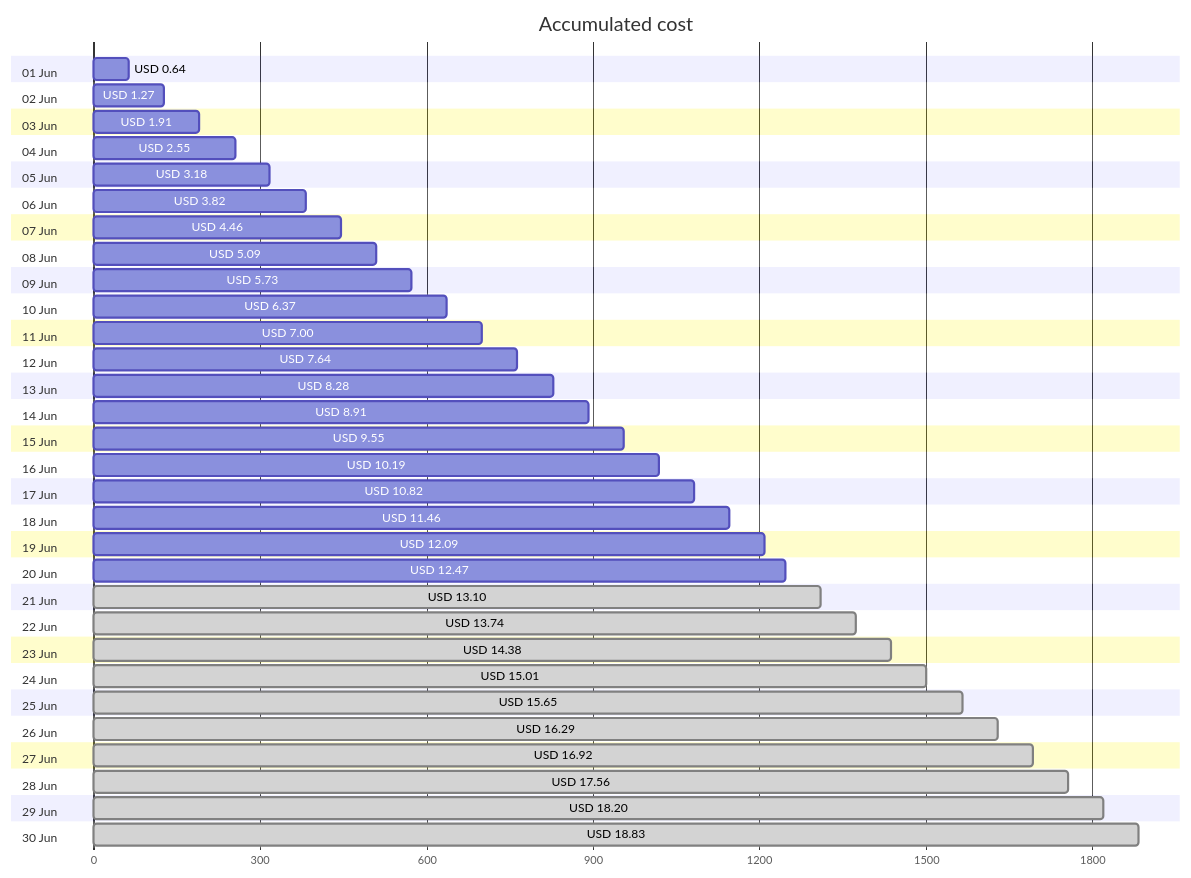
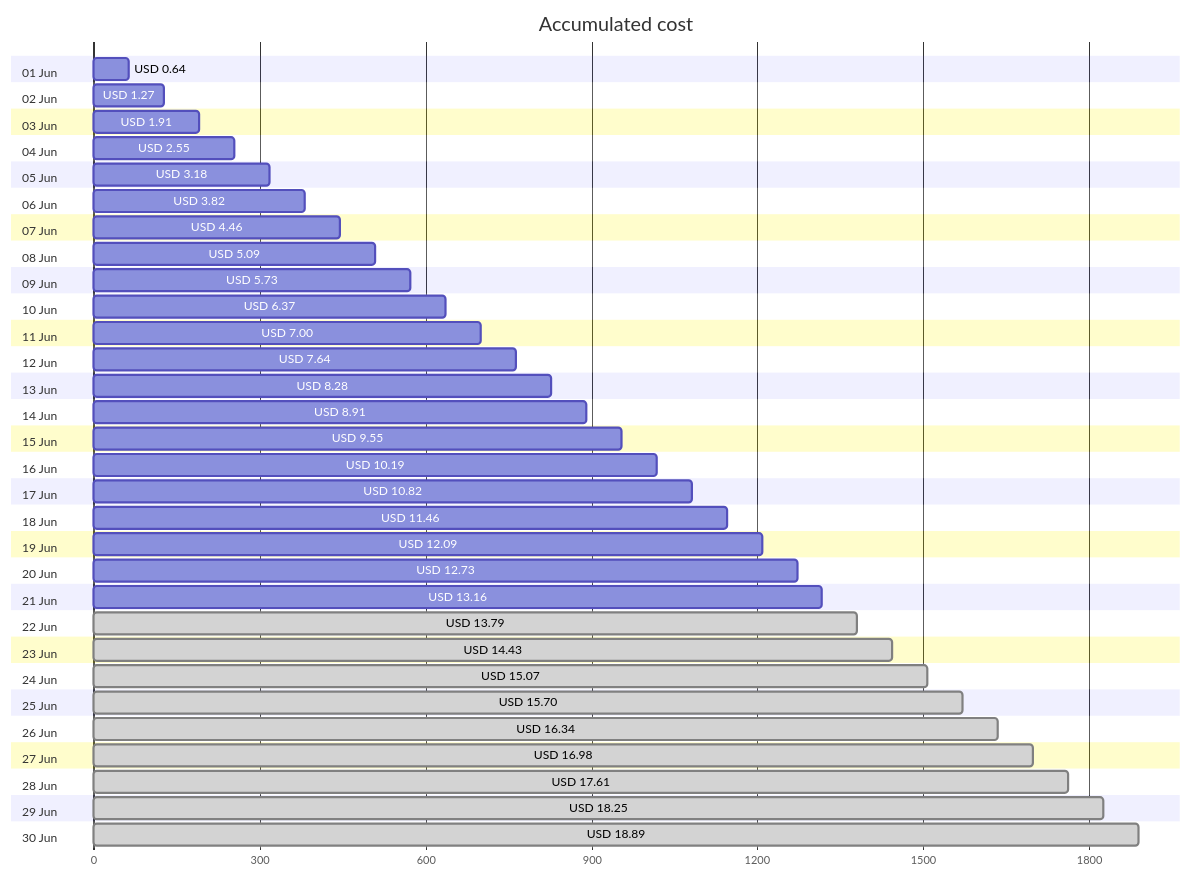
Before and after one commit to jpfulton/azure-personal-reports: the first of 4 diagrams in cost-reports/accumulated-cost.md, drawn with Mermaid. The commit also changed other lines of this file and 4 other files, not shown here.

````diff
--- a/cost-reports/accumulated-cost.md
+++ b/cost-reports/accumulated-cost.md
@@ -20,66 +20,66 @@
 ```mermaid
 gantt
    title Accumulated cost
    dateFormat  X
    axisFormat %s
    section 01 Jun
    USD 0.64 :0, 64
    section 02 Jun
    USD 1.27 :0, 127
    section 03 Jun
    USD 1.91 :0, 191
    section 04 Jun
    USD 2.55 :0, 255
    section 05 Jun
    USD 3.18 :0, 318
    section 06 Jun
    USD 3.82 :0, 382
    section 07 Jun
    USD 4.46 :0, 446
    section 08 Jun
    USD 5.09 :0, 509
    section 09 Jun
    USD 5.73 :0, 573
    section 10 Jun
    USD 6.37 :0, 637
    section 11 Jun
    USD 7.00 :0, 700
    section 12 Jun
    USD 7.64 :0, 764
    section 13 Jun
    USD 8.28 :0, 828
    section 14 Jun
    USD 8.91 :0, 891
    section 15 Jun
    USD 9.55 :0, 955
    section 16 Jun
    USD 10.19 :0, 1019
    section 17 Jun
    USD 10.82 :0, 1082
    section 18 Jun
    USD 11.46 :0, 1146
    section 19 Jun
    USD 12.09 :0, 1209
    section 20 Jun
-   USD 12.47 :0, 1247
+   USD 12.73 :0, 1273
    section 21 Jun
-   USD 13.10 : done, 0, 1310
+   USD 13.16 :0, 1316
    section 22 Jun
-   USD 13.74 : done, 0, 1374
+   USD 13.79 : done, 0, 1379
    section 23 Jun
-   USD 14.38 : done, 0, 1438
+   USD 14.43 : done, 0, 1443
    section 24 Jun
-   USD 15.01 : done, 0, 1501
+   USD 15.07 : done, 0, 1507
    section 25 Jun
-   USD 15.65 : done, 0, 1565
+   USD 15.70 : done, 0, 1570
    section 26 Jun
-   USD 16.29 : done, 0, 1629
+   USD 16.34 : done, 0, 1634
    section 27 Jun
-   USD 16.92 : done, 0, 1692
+   USD 16.98 : done, 0, 1698
    section 28 Jun
-   USD 17.56 : done, 0, 1756
+   USD 17.61 : done, 0, 1761
    section 29 Jun
-   USD 18.20 : done, 0, 1820
+   USD 18.25 : done, 0, 1825
    section 30 Jun
-   USD 18.83 : done, 0, 1883
+   USD 18.89 : done, 0, 1889
 ```
````
